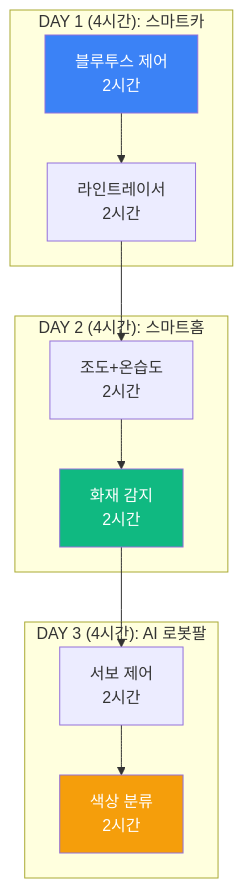
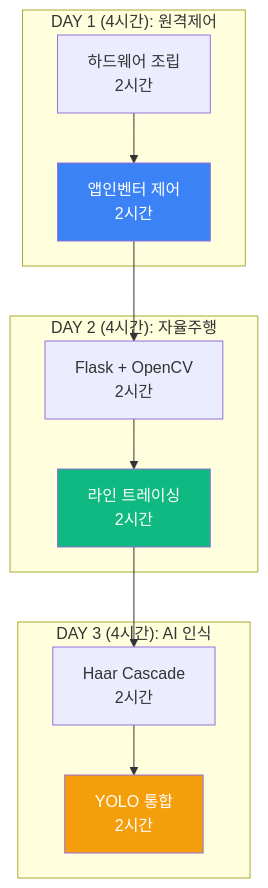
One commit to Collegenie-X/AIMakerLab_Web changed the eighth of 10 diagrams in documents/CURRICULUM/맛보기_아두이노_ESP32.md. Above: the diagram before and after it, drawn with Mermaid. The commit also changed other lines of this file and 3 other files, not shown here.

````diff
--- a/documents/CURRICULUM/맛보기_아두이노_ESP32.md
+++ b/documents/CURRICULUM/맛보기_아두이노_ESP32.md
@@ -466,27 +725,27 @@
 ```mermaid
 graph TB
-    subgraph "DAY 1 (4시간): 스마트카"
-        D1A[블루투스 제어<br/>2시간]
-        D1B[라인트레이서<br/>2시간]
+    subgraph "DAY 1 (4시간): 원격제어"
+        D1A[하드웨어 조립<br/>2시간]
+        D1B[앱인벤터 제어<br/>2시간]
     end
     
-    subgraph "DAY 2 (4시간): 스마트홈"
-        D2A[조도+온습도<br/>2시간]
-        D2B[화재 감지<br/>2시간]
+    subgraph "DAY 2 (4시간): 자율주행"
+        D2A[Flask + OpenCV<br/>2시간]
+        D2B[라인 트레이싱<br/>2시간]
     end
     
-    subgraph "DAY 3 (4시간): AI 로봇팔"
-        D3A[서보 제어<br/>2시간]
-        D3B[색상 분류<br/>2시간]
+    subgraph "DAY 3 (4시간): AI 인식"
+        D3A[Haar Cascade<br/>2시간]
+        D3B[YOLO 통합<br/>2시간]
     end
     
     D1A --> D1B
     D1B --> D2A
     D2A --> D2B
     D2B --> D3A
     D3A --> D3B
     
-    style D1A fill:#3b82f6,color:#fff
+    style D1B fill:#3b82f6,color:#fff
     style D2B fill:#10b981,color:#fff
     style D3B fill:#f59e0b,color:#fff
 ```
````
